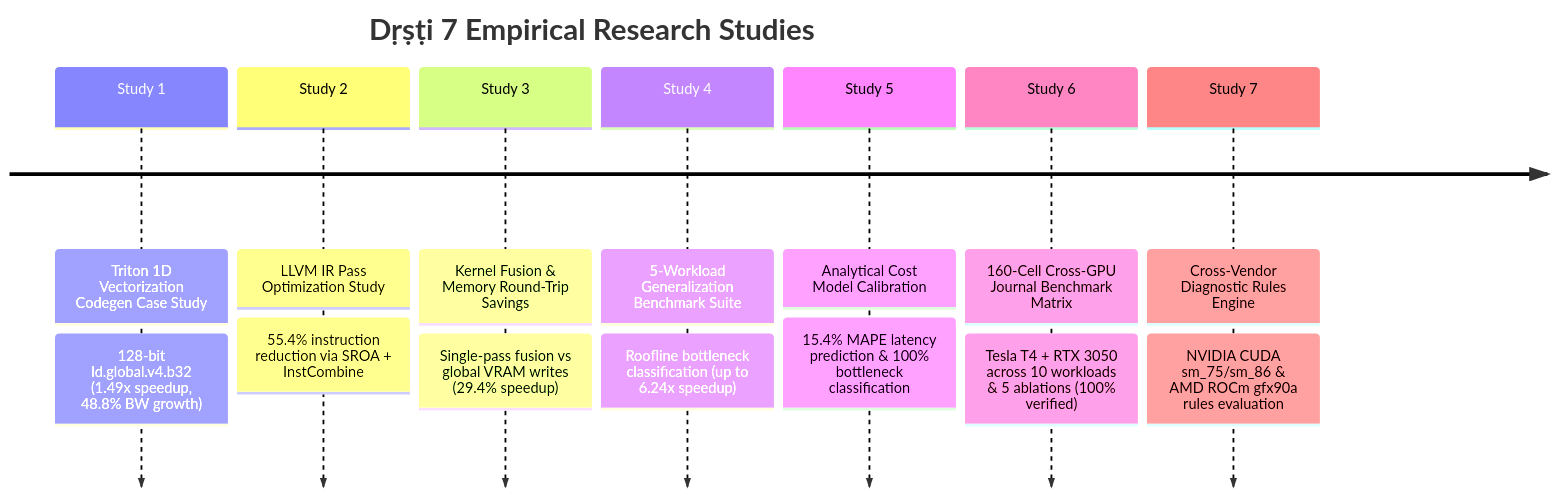
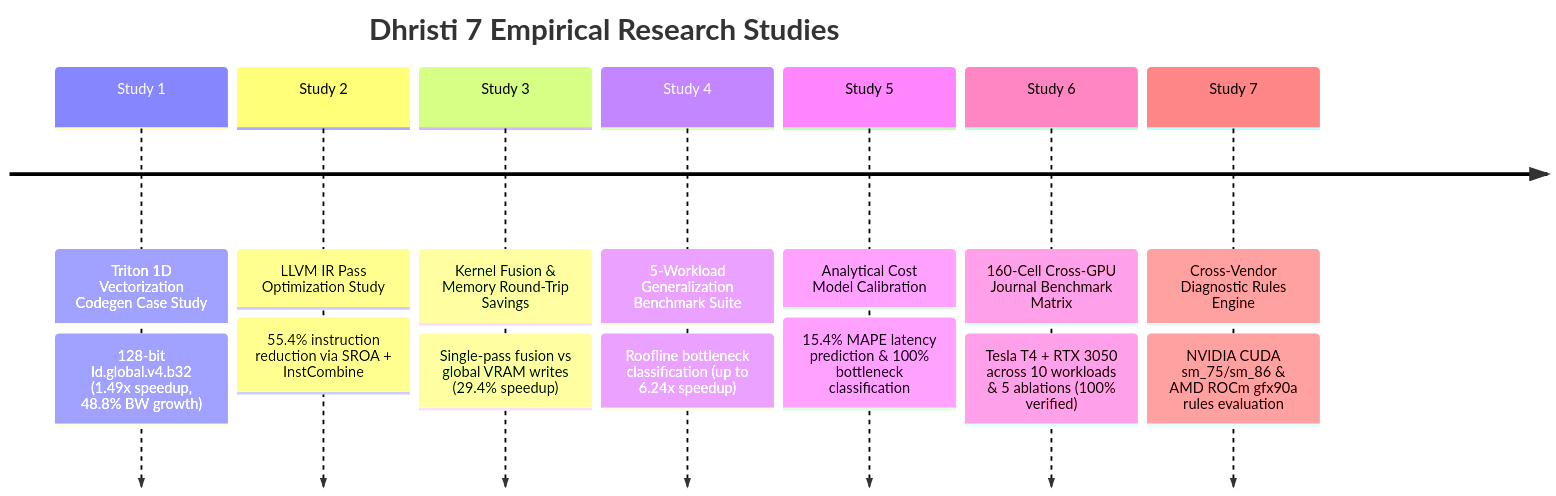
Before and after one commit to krish-rRay23/dhristi: the second of 2 diagrams in README.md, drawn with Mermaid. The commit also changed other lines of this file, not shown here.

````diff
--- a/README.md
+++ b/README.md
@@ -107,11 +147,11 @@
 ```mermaid
 timeline
-    title Dṛṣṭi 7 Empirical Research Studies
+    title Dhristi 7 Empirical Research Studies
     Study 1 : Triton 1D Vectorization Codegen Case Study : 128-bit ld.global.v4.b32 (1.49x speedup, 48.8% BW growth)
     Study 2 : LLVM IR Pass Optimization Study : 55.4% instruction reduction via SROA + InstCombine
     Study 3 : Kernel Fusion & Memory Round-Trip Savings : Single-pass fusion vs global VRAM writes (29.4% speedup)
     Study 4 : 5-Workload Generalization Benchmark Suite : Roofline bottleneck classification (up to 6.24x speedup)
     Study 5 : Analytical Cost Model Calibration : 15.4% MAPE latency prediction & 100% bottleneck classification
     Study 6 : 160-Cell Cross-GPU Journal Benchmark Matrix : Tesla T4 + RTX 3050 across 10 workloads & 5 ablations (100% verified)
     Study 7 : Cross-Vendor Diagnostic Rules Engine : NVIDIA CUDA sm_75/sm_86 & AMD ROCm gfx90a rules evaluation
 ```
````
